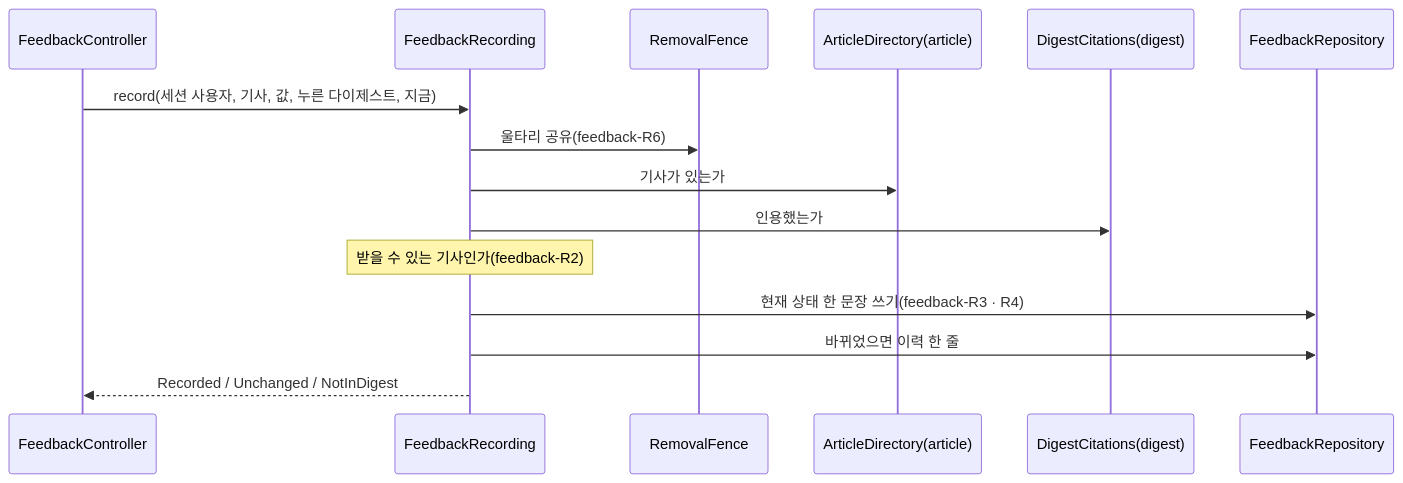
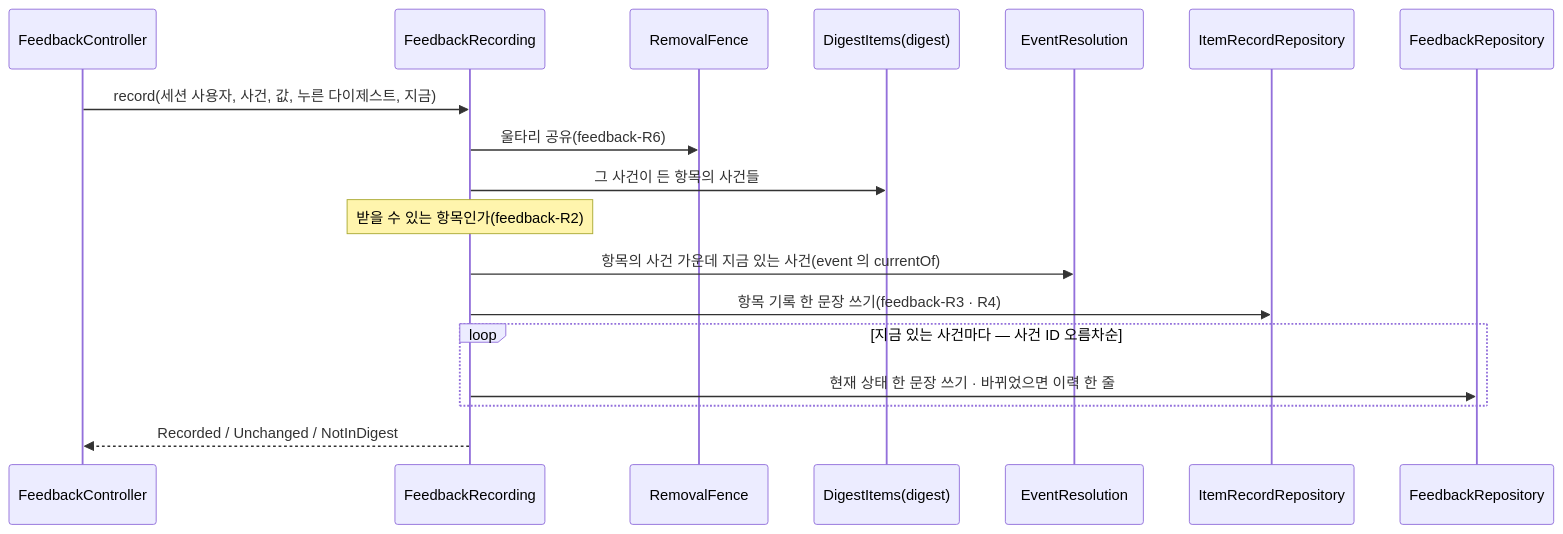
The diagram in docs/specs/feedback.md (Theia0382/yozm-news), drawn with Mermaid before and after one commit. The commit also changed other lines of this file and 24 other files, not shown here.

````diff
--- a/docs/specs/feedback.md
+++ b/docs/specs/feedback.md
@@ -139,17 +169,20 @@
 ```mermaid
 sequenceDiagram
     participant C as FeedbackController
     participant R as FeedbackRecording
     participant F as RemovalFence
-    participant A as ArticleDirectory(article)
-    participant D as DigestCitations(digest)
+    participant D as DigestItems(digest)
+    participant E as EventResolution
+    participant I as ItemRecordRepository
     participant DB as FeedbackRepository
-    C->>R: record(세션 사용자, 기사, 값, 누른 다이제스트, 지금)
+    C->>R: record(세션 사용자, 사건, 값, 누른 다이제스트, 지금)
     R->>F: 울타리 공유(feedback-R6)
-    R->>A: 기사가 있는가
-    R->>D: 인용했는가
-    Note over R: 받을 수 있는 기사인가(feedback-R2)
-    R->>DB: 현재 상태 한 문장 쓰기(feedback-R3 · R4)
-    R->>DB: 바뀌었으면 이력 한 줄
+    R->>D: 그 사건이 든 항목의 사건들
+    Note over R: 받을 수 있는 항목인가(feedback-R2)
+    R->>E: 항목의 사건 가운데 지금 있는 사건(event 의 currentOf)
+    R->>I: 항목 기록 한 문장 쓰기(feedback-R3 · R4)
+    loop 지금 있는 사건마다 — 사건 ID 오름차순
+        R->>DB: 현재 상태 한 문장 쓰기 · 바뀌었으면 이력 한 줄
+    end
     R-->>C: Recorded / Unchanged / NotInDigest
 ```
````
